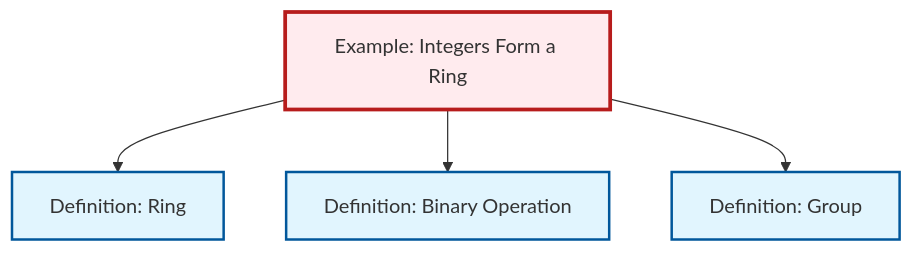
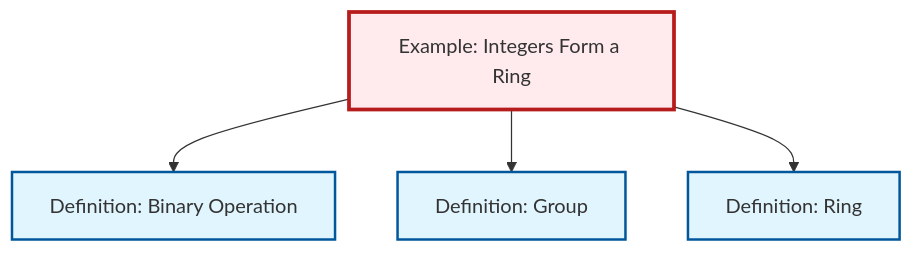
The diagram in output/mermaid/ex-integers-ring.mermaid (RK0429/ModernMath), drawn with Mermaid before and after one commit. The commit also changed other lines of this file and 1112 other files, not shown here.

````diff
--- a/output/mermaid/ex-integers-ring.mermaid
+++ b/output/mermaid/ex-integers-ring.mermaid
@@ -1,17 +1,17 @@
 ```{mermaid}
 %%| fig-cap: "Local dependency graph"
 graph TD
     classDef definition fill:#e1f5fe,stroke:#01579b,stroke-width:2px
     classDef theorem fill:#f3e5f5,stroke:#4a148c,stroke-width:2px
     classDef axiom fill:#fff3e0,stroke:#e65100,stroke-width:2px
     classDef example fill:#e8f5e9,stroke:#1b5e20,stroke-width:2px
     classDef current fill:#ffebee,stroke:#b71c1c,stroke-width:3px
-    def-binary-operation["Definition: Binary Operation"]:::definition
-    ex-integers-ring["Example: Integers Form a Ring"]:::example
     def-ring["Definition: Ring"]:::definition
     def-group["Definition: Group"]:::definition
-    ex-integers-ring --> def-ring
+    ex-integers-ring["Example: Integers Form a Ring"]:::example
+    def-binary-operation["Definition: Binary Operation"]:::definition
     ex-integers-ring --> def-binary-operation
     ex-integers-ring --> def-group
+    ex-integers-ring --> def-ring
     class ex-integers-ring current
 ```
````
